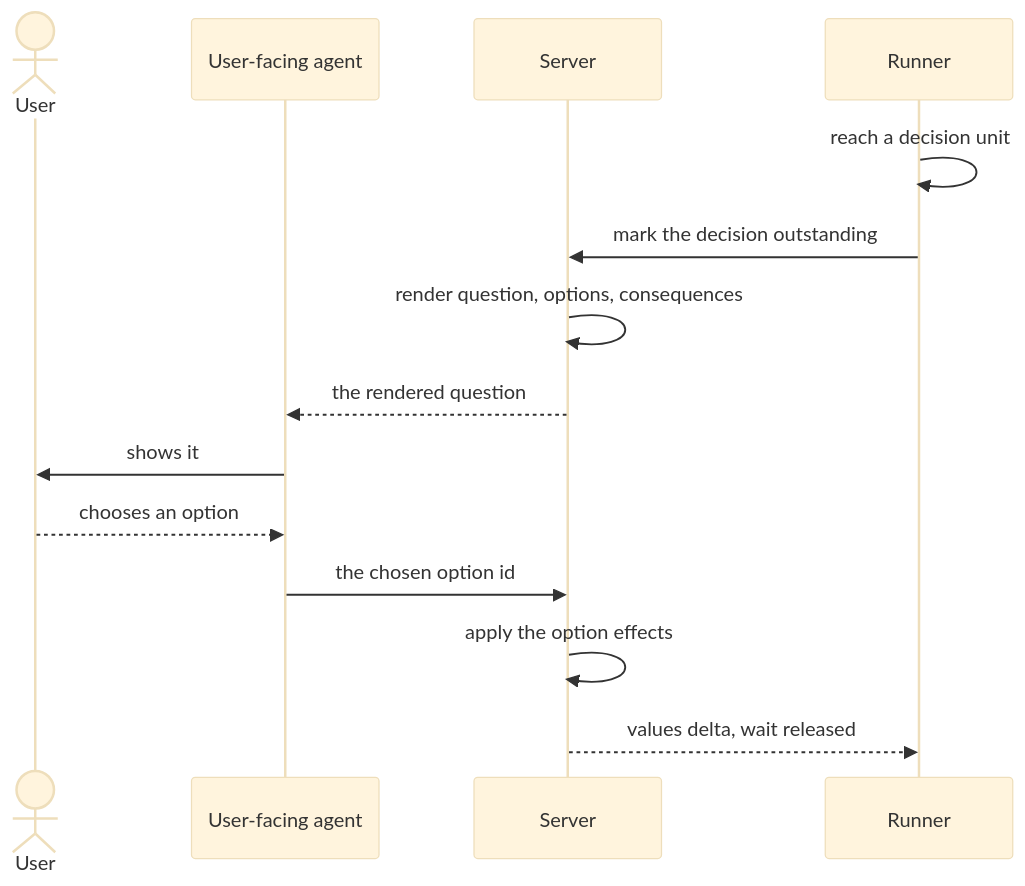
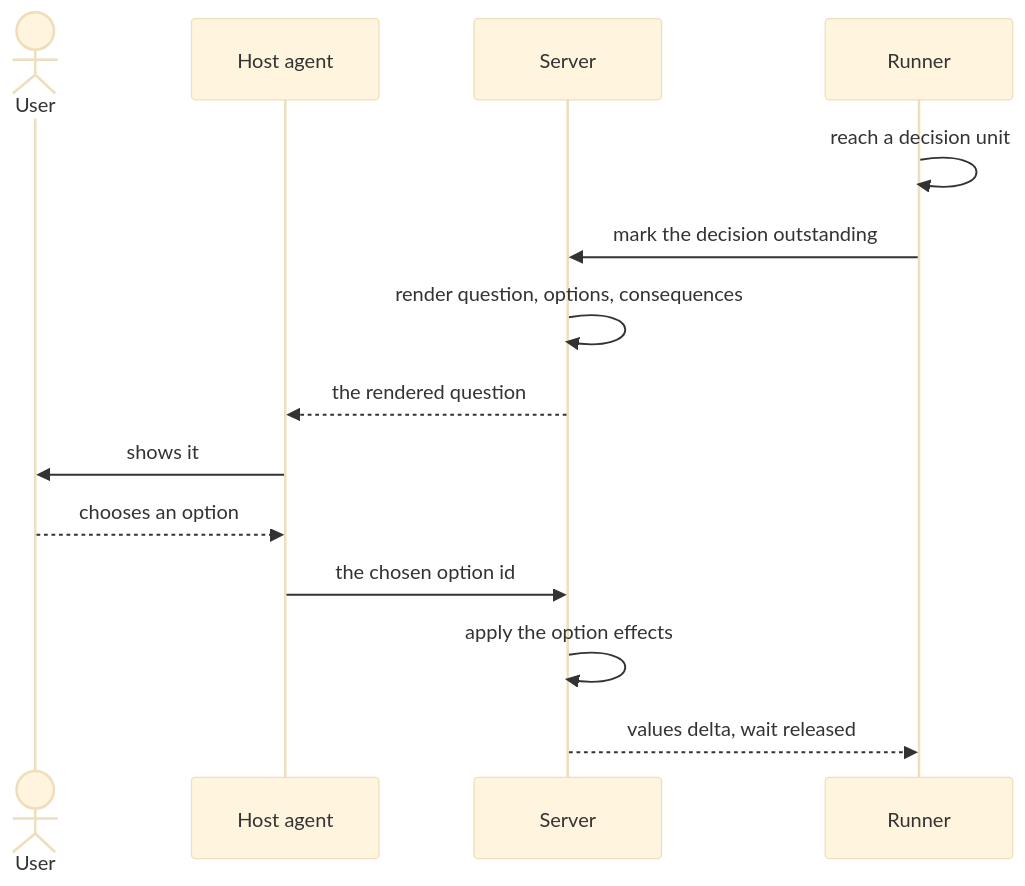
Before and after one commit to m2ux/workflow-server: diagram 11 of 15 in artifacts/planning/2026-08-28-runner-execution-protocol/README.md, drawn with Mermaid (base theme). The commit also changed other lines of this file, not shown here.

````diff
--- a/artifacts/planning/2026-08-28-runner-execution-protocol/README.md
+++ b/artifacts/planning/2026-08-28-runner-execution-protocol/README.md
@@ -701,17 +749,17 @@
 ```mermaid
 sequenceDiagram
     actor U as User
-    participant F as User-facing agent
+    participant F as Host agent
     participant S as Server
     participant R as Runner
 
     R->>R: reach a decision unit
     R->>S: mark the decision outstanding
     S->>S: render question, options, consequences
     S-->>F: the rendered question
     F->>U: shows it
     U-->>F: chooses an option
     F->>S: the chosen option id
     S->>S: apply the option effects
     S-->>R: values delta, wait released
 ```
````
